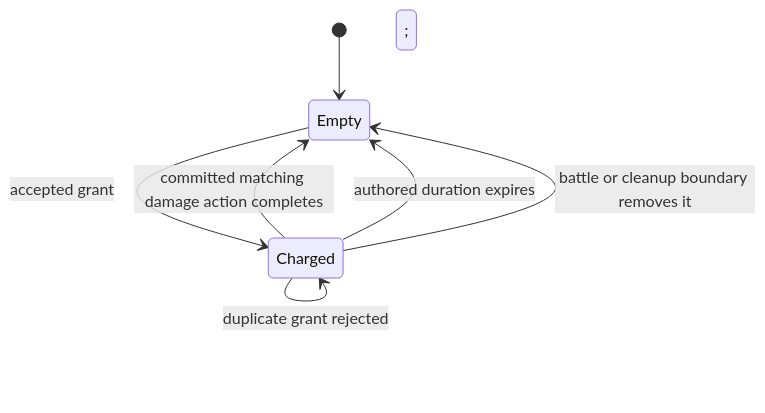
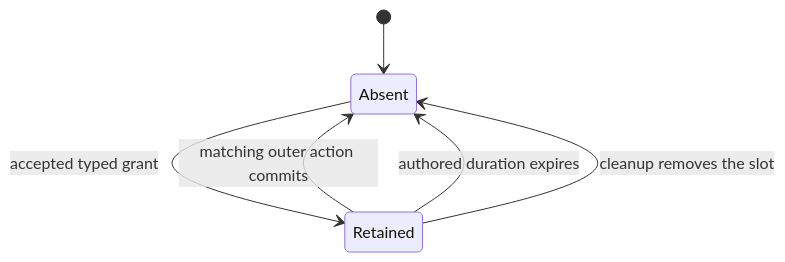
The third of 6 diagrams in docs/technical/combat-resolution-pipeline.md (KayelC/Convergence), drawn with Mermaid before and after one commit. The commit also changed other lines of this file and 5 other files, not shown here.

Commit message:
Altered Flowchart Diagrams in Docs

````diff
--- a/docs/technical/combat-resolution-pipeline.md
+++ b/docs/technical/combat-resolution-pipeline.md
@@ -117,9 +121,9 @@
 ```mermaid
 stateDiagram-v2
-    [*] --> Empty
-    Empty --> Charged: accepted grant
-    Charged --> Charged: duplicate grant rejected; state unchanged
-    Charged --> Empty: committed matching damage action completes
-    Charged --> Empty: authored duration expires
-    Charged --> Empty: battle or cleanup boundary removes it
+    direction TB
+    [*] --> Absent
+    Absent --> Retained: accepted typed grant
+    Retained --> Absent: matching outer action commits
+    Retained --> Absent: authored duration expires
+    Retained --> Absent: cleanup removes the slot
 ```
````
